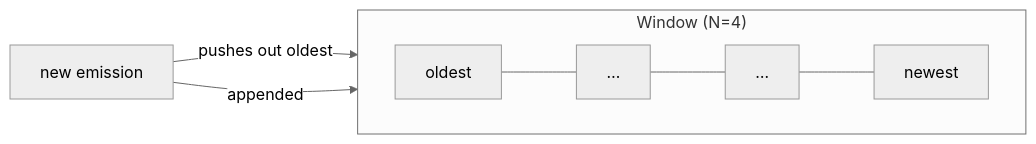
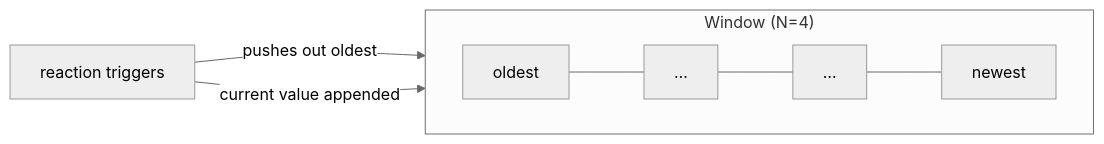
Before and after one commit to Fastcode/NUClear: the diagram in docs2/reference/dsl/last.md, drawn with Mermaid (neutral theme). The commit also changed other lines of this file and 8 other files, not shown here.

````diff
--- a/docs2/reference/dsl/last.md
+++ b/docs2/reference/dsl/last.md
@@ -28,10 +31,10 @@
 ```mermaid
 graph LR
     subgraph "Window (N=4)"
         direction LR
         A["oldest"] --- B["…"] --- C["…"] --- D["newest"]
     end
 
-    E["new emission"] -->|pushes out oldest| A
-    E -->|appended| D
+    E["reaction triggers"] -->|pushes out oldest| A
+    E -->|current value appended| D
 ```
````
